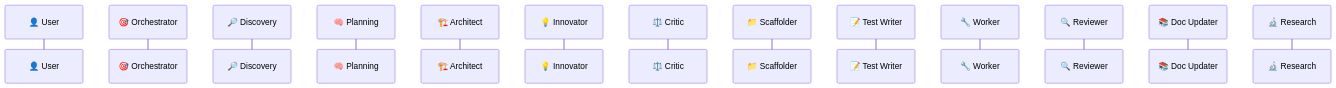
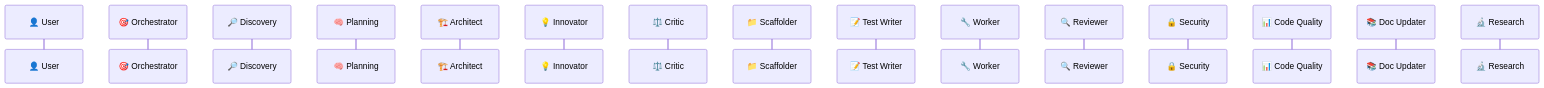
The diagram in .ai/TRACE_TEMPLATE.md (Doumajnik/template), drawn with Mermaid before and after one commit. The commit also changed 12 other files, not shown here.

````diff
--- a/.ai/TRACE_TEMPLATE.md
+++ b/.ai/TRACE_TEMPLATE.md
@@ -9,19 +9,21 @@
 ```mermaid
 sequenceDiagram
     participant U as 👤 User
     participant O as 🎯 Orchestrator
     participant D as 🔎 Discovery
     participant PL as 🧠 Planning
     participant A as 🏗️ Architect
     participant IN as 💡 Innovator
     participant C as ⚖️ Critic
     participant S as 📁 Scaffolder
     participant TW as 📝 Test Writer
     participant W as 🔧 Worker
     participant R as 🔍 Reviewer
+    participant SEC as 🔒 Security
+    participant CQ as 📊 Code Quality
     participant DU as 📚 Doc Updater
     participant RE as 🔬 Research
 
     %% === Agent trace lines are inserted below === %%
     %% TRACE_INSERT_HERE
 ```
````
